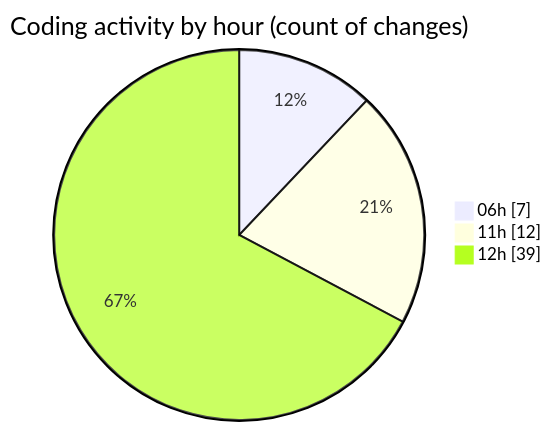
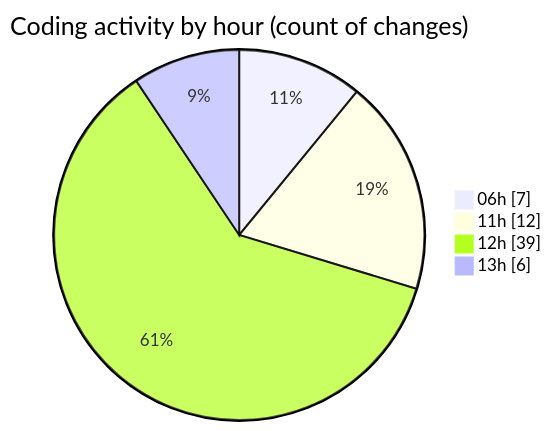
Before and after one commit to EIIisD/code-tracking: the second of 2 diagrams in 2025-07-14/ribbon/README.md, drawn with Mermaid. The commit also changed other lines of this file and 1 other file, not shown here.

````diff
--- a/2025-07-14/ribbon/README.md
+++ b/2025-07-14/ribbon/README.md
@@ -50,7 +54,8 @@
 ```mermaid
 pie showData
 title Coding activity by hour (count of changes)
 "06h" : 7
 "11h" : 12
 "12h" : 39
+"13h" : 6
 ```
````
